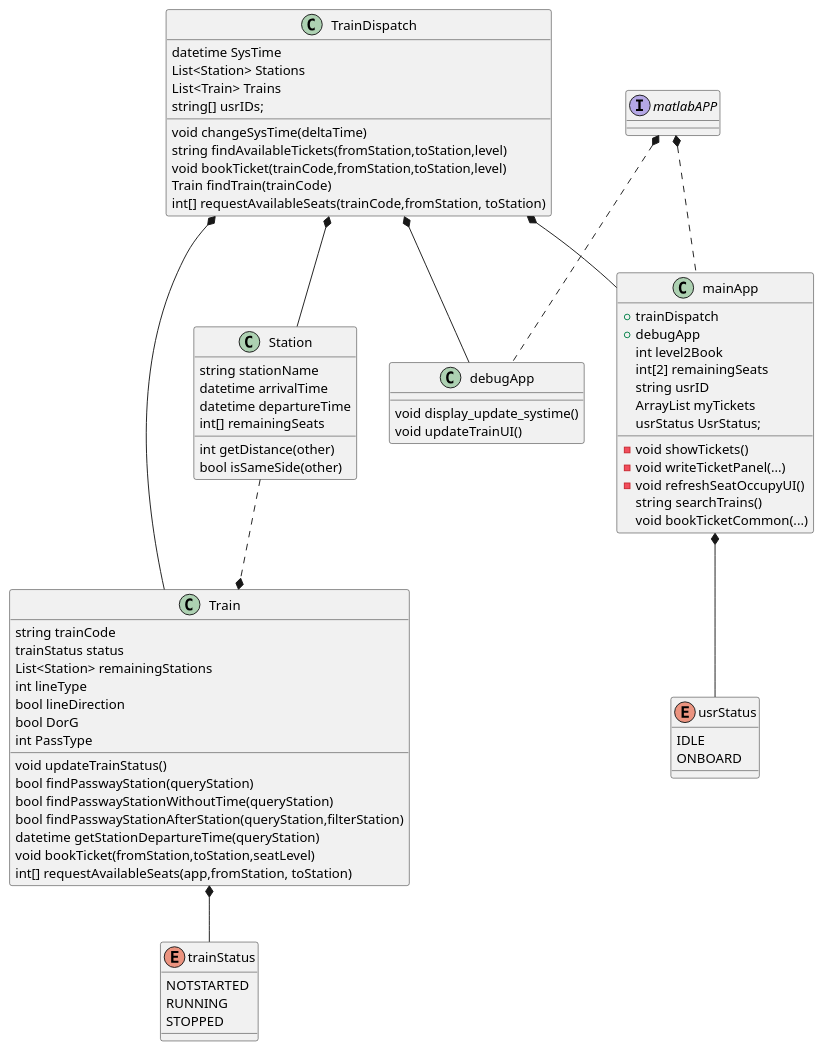
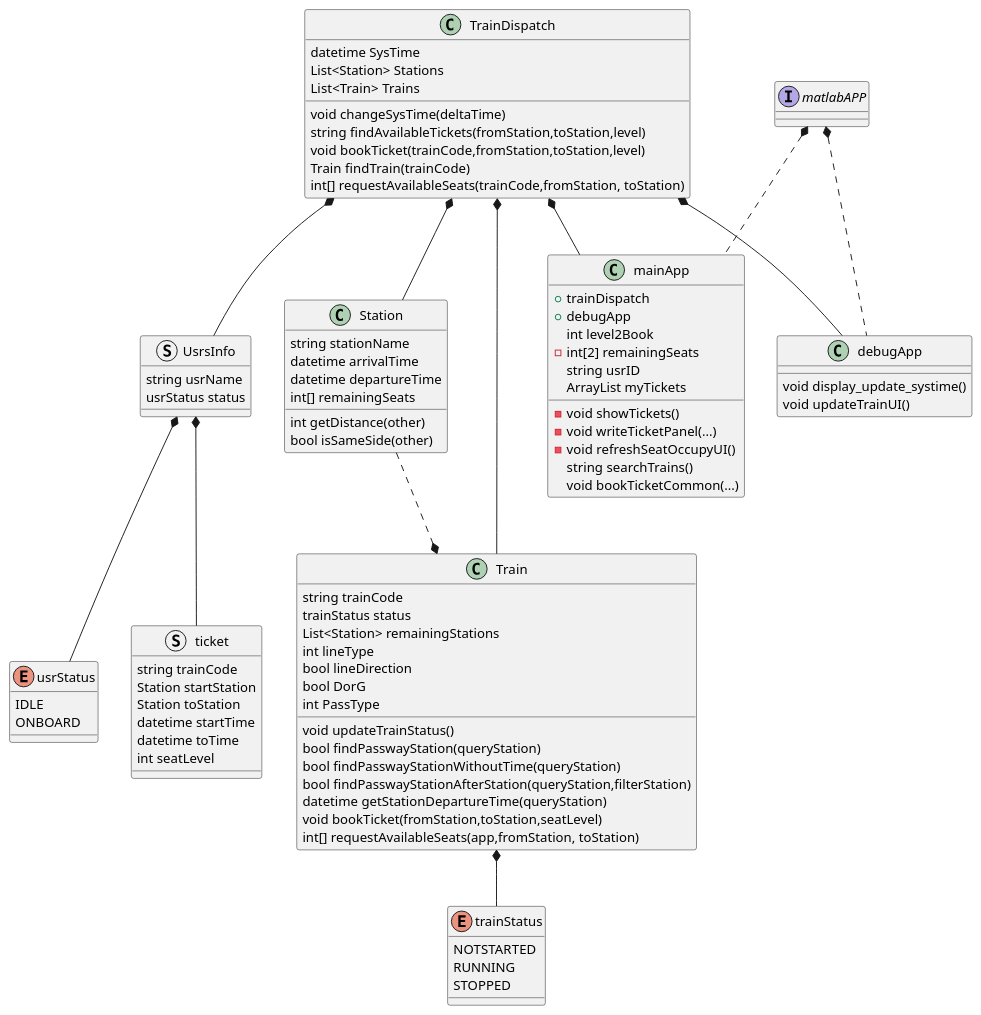
Before and after one commit to arnoliudaxia/CS132-12306: the diagram in docs/UML/ClassDiagram.puml, drawn with PlantUML. The commit also changed 4 other files, not shown here.

```diff
--- a/docs/UML/ClassDiagram.puml
+++ b/docs/UML/ClassDiagram.puml
@@ -1,102 +1,115 @@
 @startuml
 'https://plantuml.com/class-diagram
 
 class TrainDispatch{
 datetime SysTime
 List<Station> Stations
 List<Train> Trains
-string[] usrIDs;
 
 
 void changeSysTime(deltaTime)
 string findAvailableTickets(fromStation,toStation,level)
 void bookTicket(trainCode,fromStation,toStation,level)
 Train findTrain(trainCode)
 int[] requestAvailableSeats(trainCode,fromStation, toStation)
 
 }
 
 class Train{
  string trainCode
  trainStatus status
  List<Station> remainingStations
  int lineType
  bool lineDirection
  bool DorG
  int PassType
 
  void updateTrainStatus()
  bool findPasswayStation(queryStation)
  bool findPasswayStationWithoutTime(queryStation)
  bool findPasswayStationAfterStation(queryStation,filterStation)
  datetime getStationDepartureTime(queryStation)
  void bookTicket(fromStation,toStation,seatLevel)
 int[] requestAvailableSeats(app,fromStation, toStation)
 
 }
 
 class Station{
     string stationName
     datetime arrivalTime
     datetime departureTime
  int[] remainingSeats
 
 
     int getDistance(other)
     bool isSameSide(other)
 }
 
 TrainDispatch *-- Train
 TrainDispatch *-- Station
 
 
 Station ..* Train
 
 
 
 enum trainStatus{
     NOTSTARTED
     RUNNING
     STOPPED
 }
 
 Train *-- trainStatus
 
 interface matlabAPP{
 
 }
 
 class debugApp{
     void display_update_systime()
     void updateTrainUI()
 }
 TrainDispatch *-- debugApp
 matlabAPP *.. debugApp
 
 class mainApp{
     +trainDispatch
     +debugApp
     int level2Book
-    int[2] remainingSeats
+    -int[2] remainingSeats
     string usrID
     ArrayList myTickets
-    usrStatus UsrStatus;
 
     -void showTickets()
     -void writeTicketPanel(...)
     -void refreshSeatOccupyUI()
     string searchTrains()
     void bookTicketCommon(...)
 }
 enum usrStatus{
     IDLE
     ONBOARD
 }
-mainApp *-- usrStatus
 TrainDispatch *-- mainApp
 matlabAPP *.. mainApp
 
+struct UsrsInfo{
+    string usrName
+    usrStatus status
+}
+struct ticket{
+    string trainCode
+    Station startStation
+    Station toStation
+    datetime startTime
+    datetime toTime
+    int seatLevel
+}
+UsrsInfo *-- usrStatus
+UsrsInfo *-- ticket
+
+TrainDispatch *-- UsrsInfo
 
 
 
 @enduml
```
